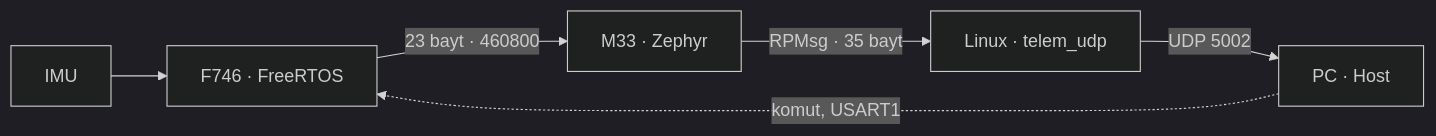
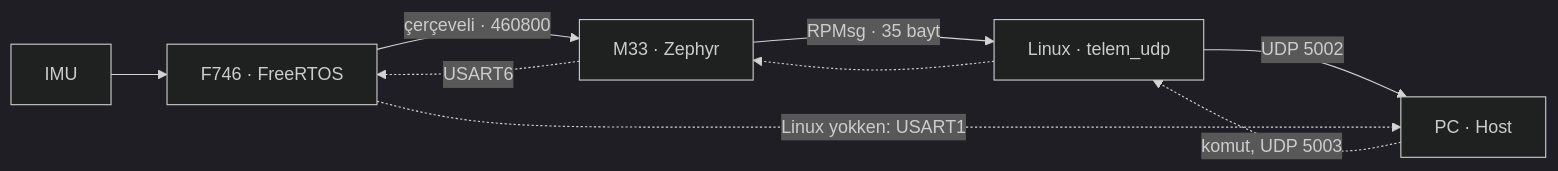
One commit to a-sahiny/Odev_RTOS_Project_H6 changed the diagram in Rapor/Obsidian_Kasasi/00 Başlangıç.md. Above: the diagram before and after it, drawn with Mermaid (dark theme). The commit also changed other lines of this file and 55 other files, not shown here.

````diff
--- a/Rapor/Obsidian_Kasasi/00 Başlangıç.md
+++ b/Rapor/Obsidian_Kasasi/00 Başlangıç.md
@@ -10,5 +10,6 @@
 ```mermaid
 flowchart LR
-  IMU --> F746["F746 · FreeRTOS"] -->|"23 bayt · 460800"| M33["M33 · Zephyr"] -->|"RPMsg · 35 bayt"| LNX["Linux · telem_udp"] -->|"UDP 5002"| PC["PC · Host"]
-  PC -.->|"komut, USART1"| F746
+  IMU --> F746["F746 · FreeRTOS"] -->|"çerçeveli · 460800"| M33["M33 · Zephyr"] -->|"RPMsg · 35 bayt"| LNX["Linux · telem_udp"] -->|"UDP 5002"| PC["PC · Host"]
+  PC -.->|"komut, UDP 5003"| LNX -.-> M33 -.->|"USART6"| F746
+  F746 -.->|"Linux yokken: USART1"| PC
 ```
````
